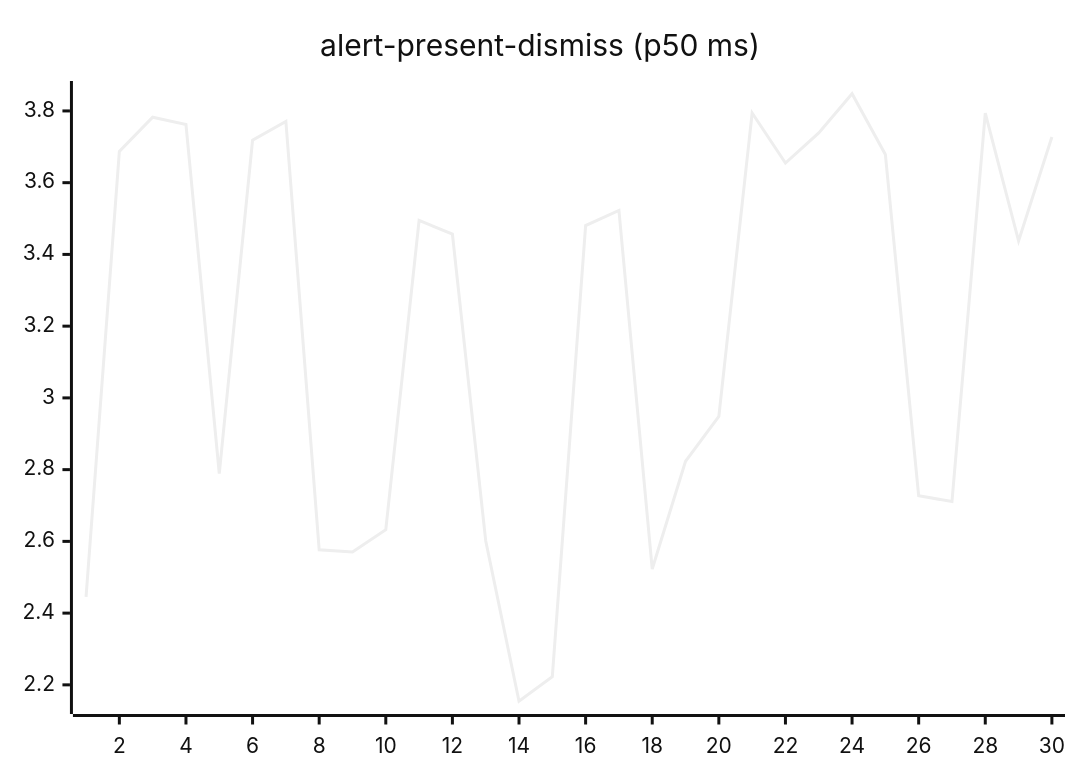
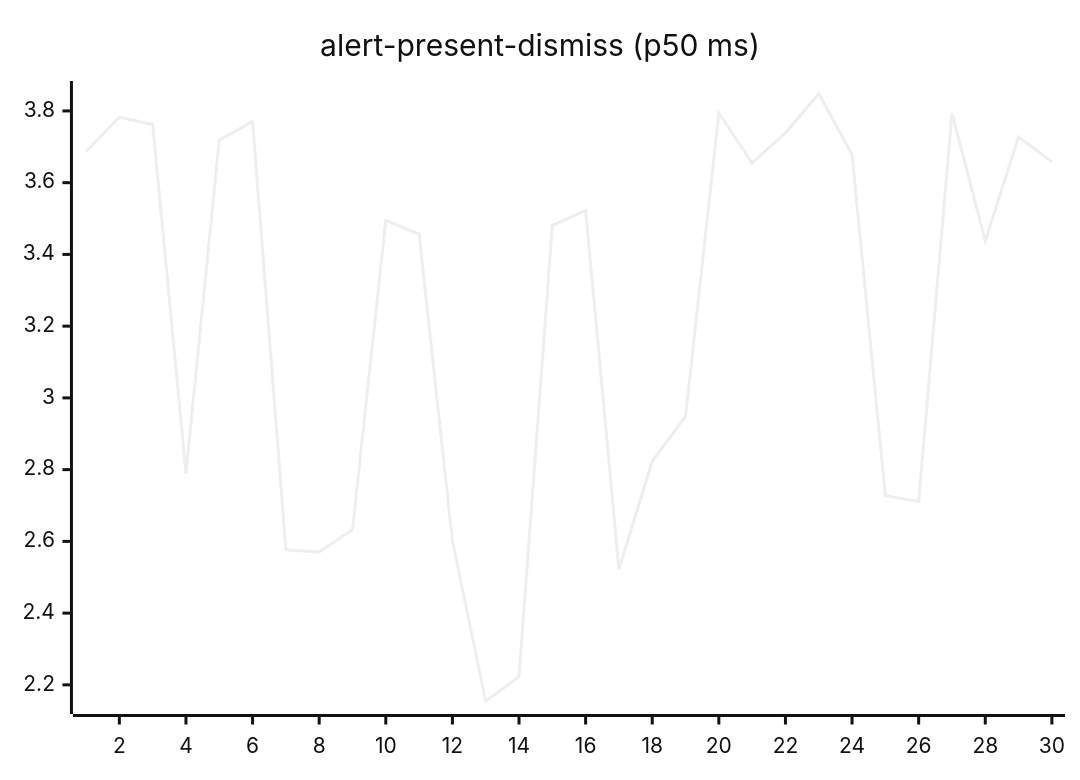
One commit to josha/Facet changed the second of 27 diagrams in README.md. Above: the diagram before and after it, drawn with Mermaid (neutral theme). The commit also changed other lines of this file and 2 other files, not shown here.

````diff
--- a/README.md
+++ b/README.md
@@ -70,6 +70,6 @@
 ```mermaid
 xychart-beta
     title "alert-present-dismiss (p50 ms)"
     x-axis 1 --> 30
-    line [2.4450, 3.6869, 3.7826, 3.7621, 2.7891, 3.7187, 3.7708, 2.5766, 2.5704, 2.6324, 3.4949, 3.4566, 2.6019, 2.1543, 2.2230, 3.4803, 3.5227, 2.5229, 2.8233, 2.9484, 3.7942, 3.6546, 3.7386, 3.8479, 3.6788, 2.7270, 2.7111, 3.7936, 3.4376, 3.7274]
+    line [3.6869, 3.7826, 3.7621, 2.7891, 3.7187, 3.7708, 2.5766, 2.5704, 2.6324, 3.4949, 3.4566, 2.6019, 2.1543, 2.2230, 3.4803, 3.5227, 2.5229, 2.8233, 2.9484, 3.7942, 3.6546, 3.7386, 3.8479, 3.6788, 2.7270, 2.7111, 3.7936, 3.4376, 3.7274, 3.6582]
 ```
````
